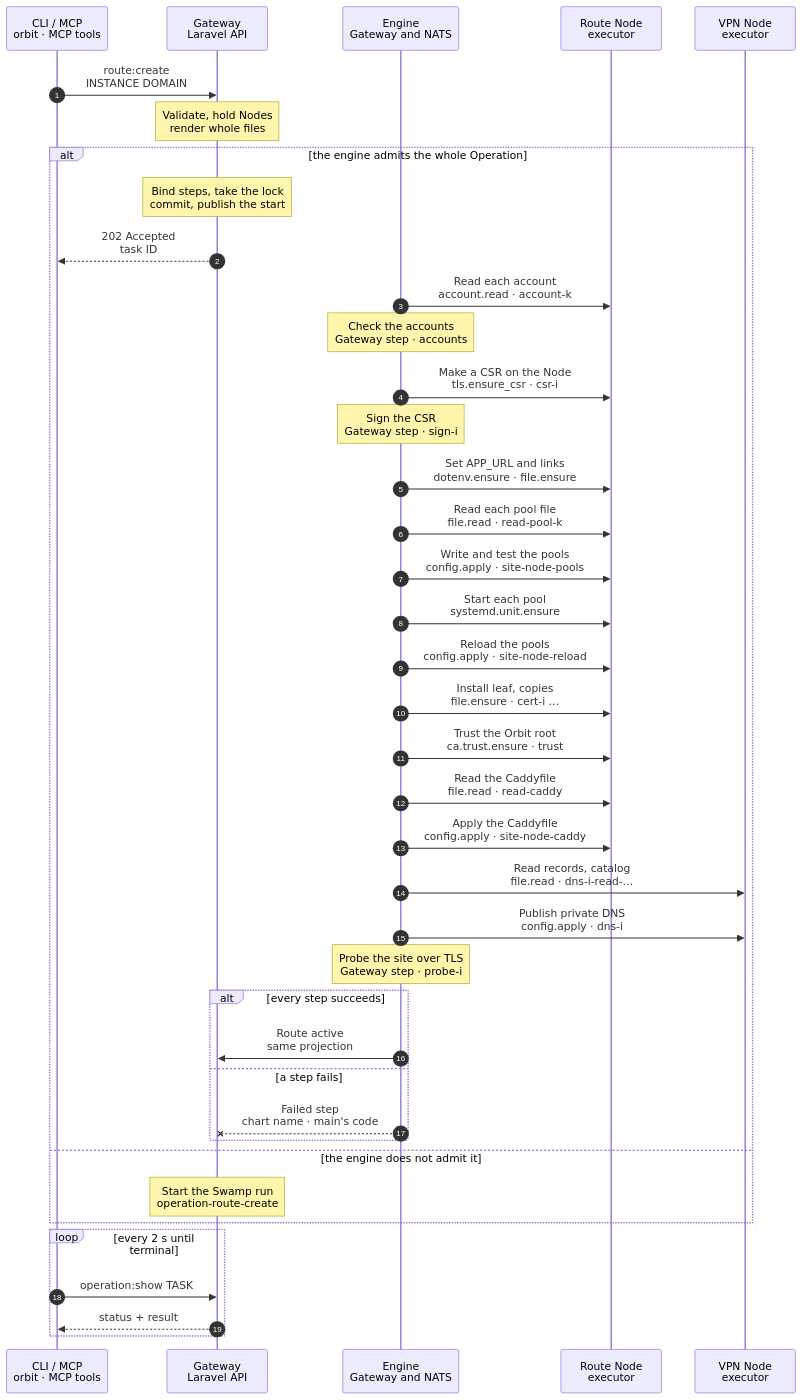
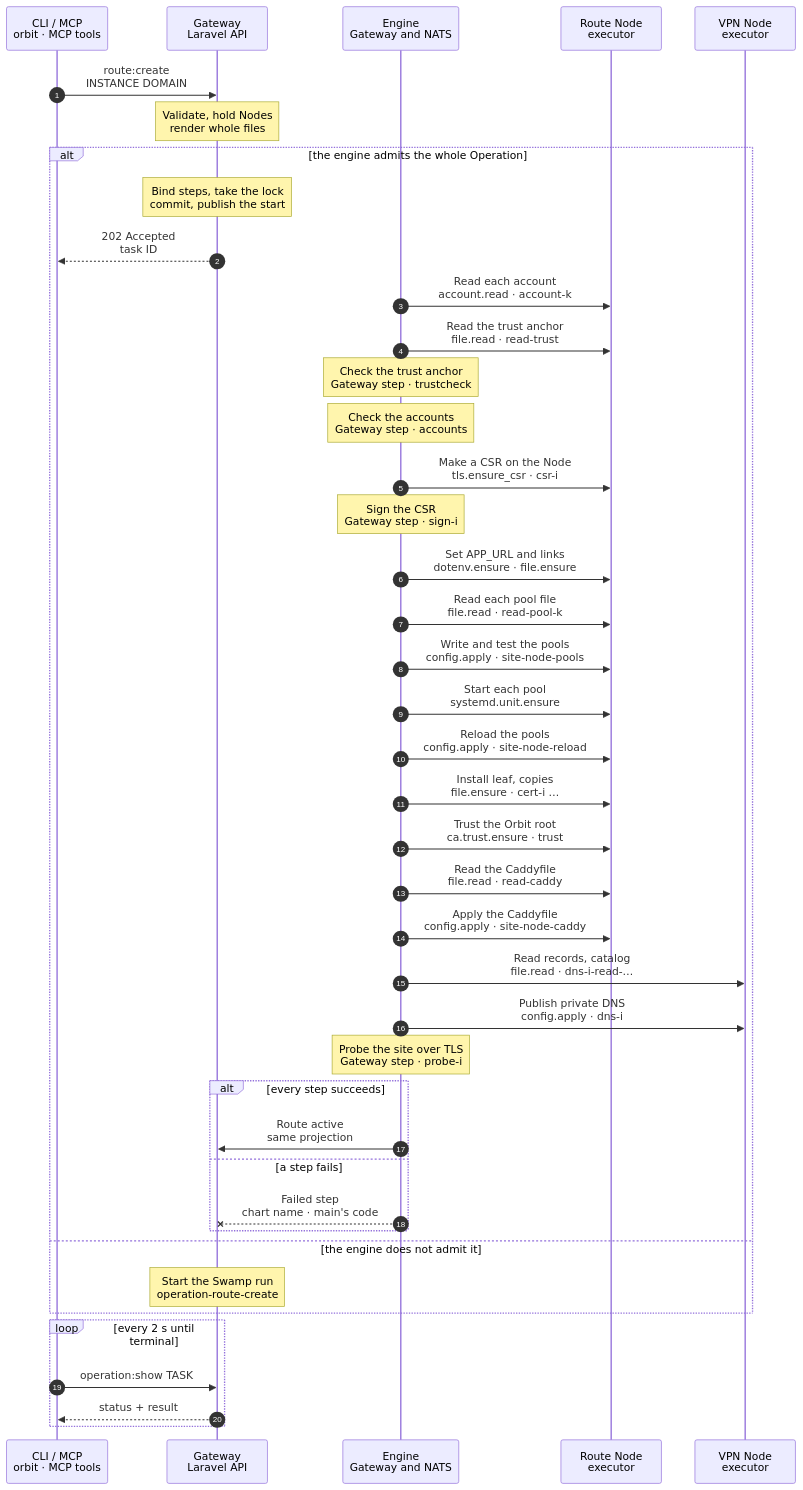
The diagram in docs/cli/route/engine/create.mmd (hardimpactdev/orbit), drawn with Mermaid before and after one commit. The commit also changed 4 other files, not shown here.

First line of the commit message:
ORB-6352: one trust anchor as main and Swamp; a root rotation refuses before any request

```diff
--- a/docs/cli/route/engine/create.mmd
+++ b/docs/cli/route/engine/create.mmd
@@ -1,79 +1,82 @@
 sequenceDiagram
   %% route.create on the Gateway engine: the steps of route/create.mmd (workflow operation-route-create) as host catalogue primitives composed in the Gateway (RouteEngineFlow, RouteHostSteps). ADR 0271, Routes rewrite PR B (ORB-6352).
   %% Pending A4: Caddy's recursive access needs posix.acl.ensure with `scope: tree`; a Route with access rows runs on Swamp until it lands.
   %% status: draft
   %% command: route:create
   %% kind: route.create
   autonumber
   %% lane CLI icon=terminal pill=caller tone=gray
   %% lane GW icon=gateway pill=intent tone=blue
   %% lane EN icon=workflow pill=engine tone=purple
   %% lane N icon=server pill=executor tone=amber
   %% lane V icon=server pill=executor tone=green
   participant CLI as CLI / MCP<br/>orbit · MCP tools
   participant GW as Gateway<br/>Laravel API
   participant EN as Engine<br/>Gateway and NATS
   participant N as Route Node<br/>executor
   participant V as VPN Node<br/>executor
   CLI->>GW: route:create<br/>INSTANCE DOMAIN
   Note over GW: Validate, hold Nodes<br/>render whole files
   %%> Same guards and admitted plan as route/create.mmd (`route_create`, NativeRouteCreatePlan)
   %%> The publication hold covers every Node of the plan: site and leaf Nodes and each VPN Node with DNS work, from the reads to the guarded writes, also after an admission wait (RoutePublicationHolds)
   %%> Each account the Node's steps write for is read on the Node first (`account.read`): home, primary group and gid by NSS; pools are rendered with the group's name
   alt the engine admits the whole Operation
     %%> Admission, one decision per Operation (EngineKinds::routes):
     %%> - `route.create` is in `ORBIT_ENGINE_KINDS`, and every Node a step touches reports each step's primitive in `$KV.NODES` (the `host` family with `account.read`, agent 0.37.0), with `tls.csr_input` on the leaf Node; every build with the host family has file.ensure `source_path`, so the key copy needs no feature
     %%> - the flow accepts the plan shape; an Ingress edge, a LAN rule, a production `.env`, awake markers, Caddy access rows, or a pool outside the two pool kinds throws `EngineUnsupported`
     %%> - the kind's own admission (RouteEngineFlow::admit) also refuses a Route with Caddy access rows, and a Node with work that lacks one host primitive, or a leaf Node that lacks `tls.csr_input`
     %%> - an owner name outside the host primitives' pattern `^[a-z_][a-z0-9_-]{0,31}$` (the Route's account or another link owner, such as `Orbit` or `Dev.Team`) keeps the whole Operation on Swamp; a name NSS answers outside it refuses at the accounts check, before any request
     %%> - production never moves: a site or leaf Node that is not an app-dev Node (app-prod, unclassified, no role), a DNS Node without the vpn role, a target Instance outside development, or an intent with a production placement or `production_control` keeps the whole Operation on Swamp
     Note over GW: Bind steps, take the lock<br/>commit, publish the start
     GW-->>CLI: 202 Accepted<br/>task ID
     EN->>N: Read each account<br/>account.read · account-k
     %%> First, on each site Node: the Node's account (leaf copies, pools) and each other link owner; the recorded answer keeps a retry byte for byte, and its canonical `user` owns the account's files
+    EN->>N: Read the trust anchor<br/>file.read · read-trust
+    Note over EN: Check the trust anchor<br/>Gateway step · trustcheck
+    %%> The anchor must hold this root or be absent; another root (a rotation) refuses here, before any request, as the Node's site step (`route.publish_failed`). During an Orbit root CA rotation, route.create is turned off in ORBIT_ENGINE_KINDS until every development Node has the new root (Swamp rotates it); then it goes back on.
     Note over EN: Check the accounts<br/>Gateway step · accounts
     %%> An account NSS does not resolve now (`absent`) refuses here, before any request, so nothing has changed; the step is the Node's site step, so the Route records `route.publish_failed`
     EN->>N: Make a CSR on the Node<br/>tls.ensure_csr · csr-i
     %%> The Gateway sends the folder, its root:caddy owner, modes 0750 and 0640, and the subject; the key never leaves the Node
     Note over EN: Sign the CSR<br/>Gateway step · sign-i
     %%> As `operation:direct:certificate-sign`; a pending cancel refuses
     EN->>N: Set APP_URL and links<br/>dotenv.ensure · file.ensure
     %%> `site-node-url-k`: the last `APP_URL=` line of an existing `.env` that the account owns, replaced or appended; `site-node-link-k`: a release link owned by its account
     EN->>N: Read each pool file<br/>file.read · read-pool-k
     %%> One path, read only: absent, or present with its type, owner, mode and, for a regular file, its SHA-256; never its content. The step records the answer
     EN->>N: Write and test the pools<br/>config.apply · site-node-pools
     %%> Under `/etc/caddy/.orbit-publish.lock`: each pool rendered whole with the account's group and home, root:root 0644, with the digest its read recorded as `from_sha256` (none when absent); `php-fpm` validators from the fixed list; a failed test restores the files
     EN->>N: Start each pool<br/>systemd.unit.ensure
     EN->>N: Reload the pools<br/>config.apply · site-node-reload
     %%> The same files with the digest of the bytes the install left as their guard, so it writes nothing and refuses a change made since; validators, then each pool unit reloads on every run, as route.publish_site did
     EN->>N: Install leaf, copies<br/>file.ensure · cert-i …
     %%> `cert-i`: the signed leaf, root:caddy 0644; `current-i`: the version link; `folder-i`: the account copy's folder, root 0755 as `install -D` made it; `key-i`: the key copied on the Node (`source_path`), account 0600; `copy-i`: the leaf, account 0600; `copylink-i`: the account's version link
     EN->>N: Trust the Orbit root<br/>ca.trust.ensure · trust
-    %%> `read-trust` reads the fixed CA file `orbit-managed-root-ca.crt`, which existing TLS probes use; on a rotation (it holds another root) `untrust` removes that root's source, named after the SHA-256 of its PEM; `cafile` writes the new root to the fixed file, root:root 0644; `trust` places the new root under `orbit-managed-root-ca-<16 hex>.crt` and runs the plain `update-ca-certificates` after a change; unrelated roots are never named
+    %%> The one trust anchor `orbit-managed-root-ca.crt`, root:root 0644, as main and Swamp place it; it already holds this root in every create outside a rotation, so nothing changes (the update runs only after a change); unrelated roots are never named
     EN->>N: Read the Caddyfile<br/>file.read · read-caddy
     EN->>N: Apply the Caddyfile<br/>config.apply · site-node-caddy
     %%> Under `/etc/caddy/.orbit-publish.lock`: the whole Caddyfile, root:caddy 0640, with the digest its read recorded; validated as `caddy`; Caddy reloads on every run; a failed validation or reload restores the file
     EN->>V: Read records, catalog<br/>file.read · dns-i-read-…
     %%> The reads find a link in a file's place, which the unlink step removes first
     EN->>V: Publish private DNS<br/>config.apply · dns-i
     %%> Beside the sites, after the signatures. Under `/run/lock/orbit-dnsmasq.lock`: records and catalog, root:root 0644, each guarded by its admission digest, so a payload that went stale while the create waited refuses without writing (`private_dns.publication_failed`); a file already holding the payload is kept; the `dnsmasq` validator over `/etc/dnsmasq.conf` and `/etc/dnsmasq.d`; dnsmasq and the private DNS listener restart on every run
     Note over EN: Probe the site over TLS<br/>Gateway step · probe-i
     %%> After each Node's last site step: a TLS handshake by WireGuard address, trusting only the Orbit root
     %%> A read that finds a link in a file's place runs that file's unlink step (`file.ensure` absent, never following it), and the write then sends no guard; for any other read the unlink step is done without an order (EngineSkip)
     %%> Every config.apply input comes from the admitted plan and the recorded reads, so a resend carries the same bytes, the order's identity; each step has its own `recovery_dir` under `/var/lib/orbit/executor/config-recovery` (`pool-install`, `pool-reload`, `caddy`, `dns`)
     %%> The writes overwrite whatever the Node held at the read, as main's route.create did: a pool with a numeric gid or a catalog in another key order is replaced; the guard refuses only when a file changed between its read and its write, under the Node publication hold and the lock
     alt every step succeeds
       EN->>GW: Route active<br/>same projection
     else a step fails
       EN--xGW: Failed step<br/>chart name · main's code
       %%> A Node's site steps record `Install cert, publish site-<node>` with `route.publish_failed`; `dns-i` records `Publish private DNS-i` with `private_dns.publication_failed`, main's codes; a guard refusal records its chart step's code too, as main maps it
     end
   else the engine does not admit it
     Note over GW: Start the Swamp run<br/>operation-route-create
     %%> No step runs on the engine; an Operation never splits across engines
     %%> A Route with Caddy access rows runs here, with Swamp's recursive access, until A4 lands; PR D keeps the old actions until then
   end
   loop every 2 s until terminal
     CLI->>GW: operation:show TASK
     GW-->>CLI: status + result
   end
```
